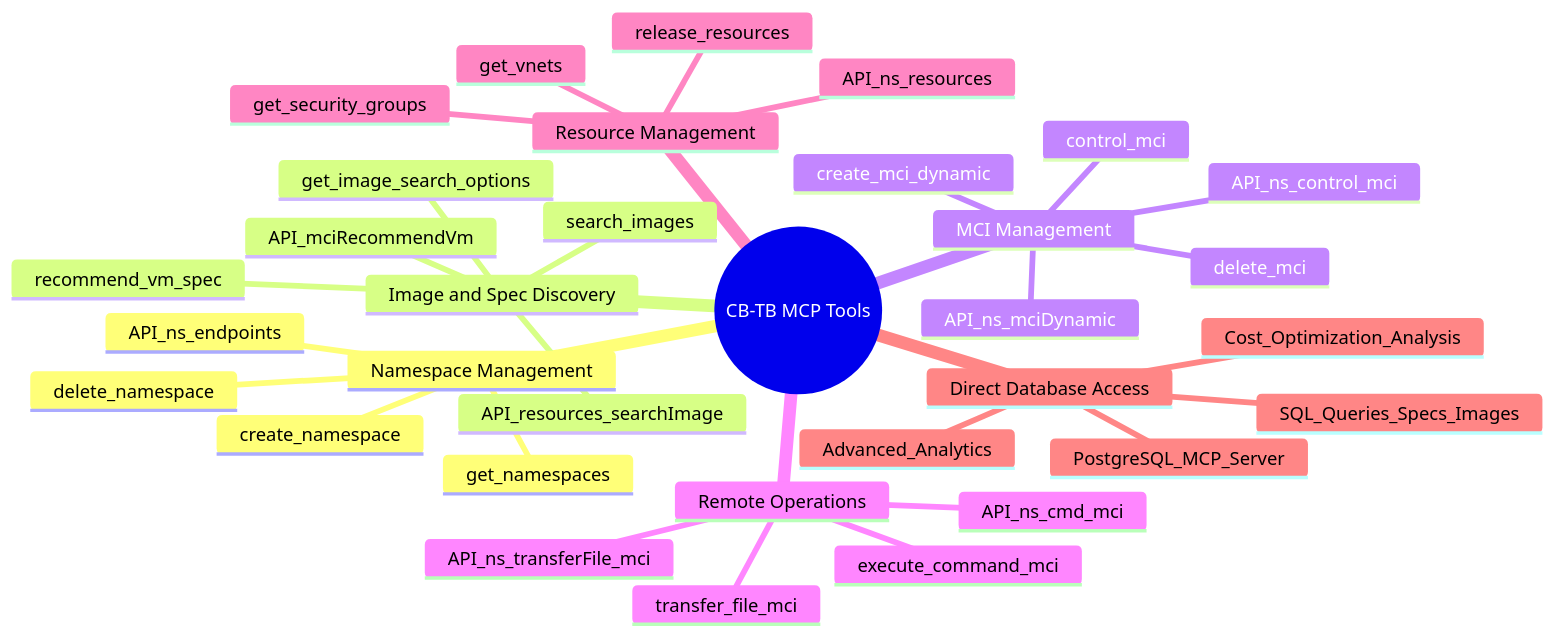
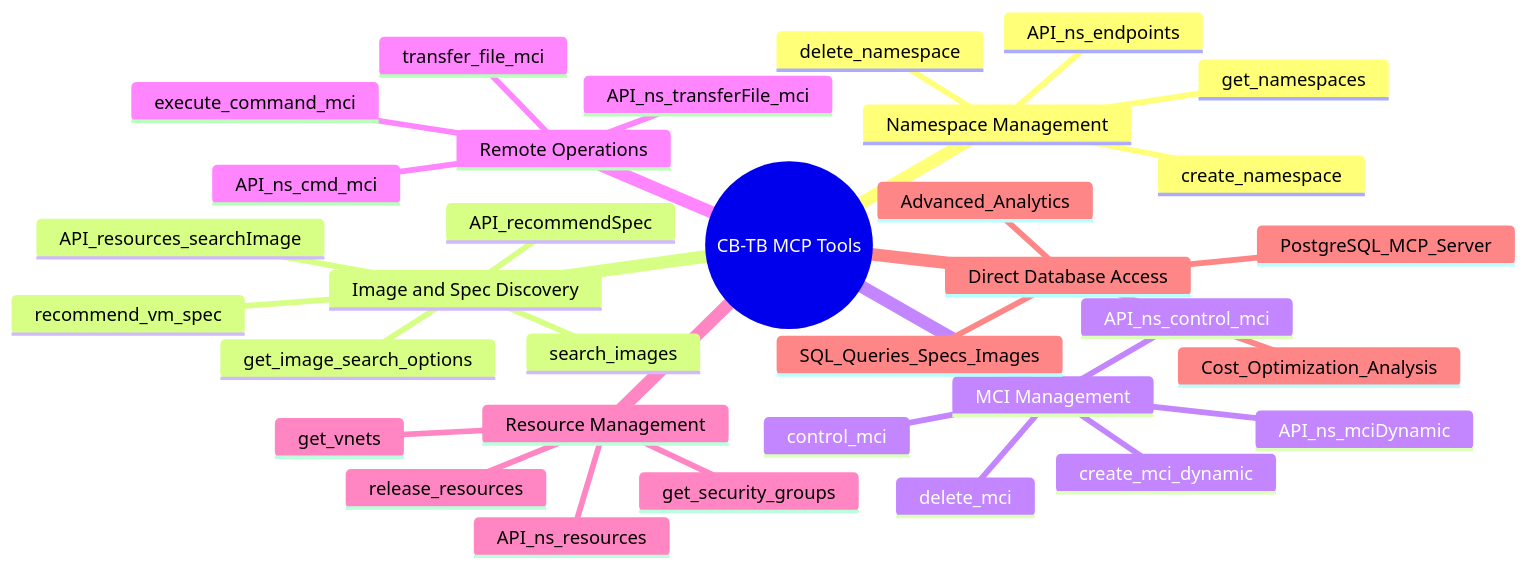
Before and after one commit to cloud-barista/cb-tumblebug: the sixth of 7 diagrams in src/interface/mcp/architecture.md, drawn with Mermaid. The commit also changed 15 other files, not shown here.

````diff
--- a/src/interface/mcp/architecture.md
+++ b/src/interface/mcp/architecture.md
@@ -238,41 +238,41 @@
 ```mermaid
 mindmap
   root((CB-TB MCP Tools))
     Namespace Management
       get_namespaces
       create_namespace
       delete_namespace
       API_ns_endpoints
     
     Image and Spec Discovery
       get_image_search_options
       search_images
       recommend_vm_spec
       API_resources_searchImage
-      API_mciRecommendVm
+      API_recommendSpec
     
     MCI Management
       create_mci_dynamic
       control_mci
       delete_mci
       API_ns_mciDynamic
       API_ns_control_mci
     
     Remote Operations
       execute_command_mci
       transfer_file_mci
       API_ns_cmd_mci
       API_ns_transferFile_mci
     
     Resource Management
       get_vnets
       get_security_groups
       release_resources
       API_ns_resources
     
     Direct Database Access
       PostgreSQL_MCP_Server
       SQL_Queries_Specs_Images
       Advanced_Analytics
       Cost_Optimization_Analysis
 ```
````
